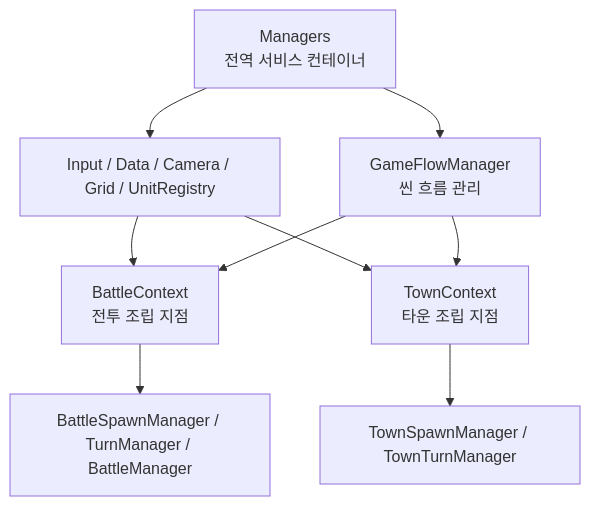
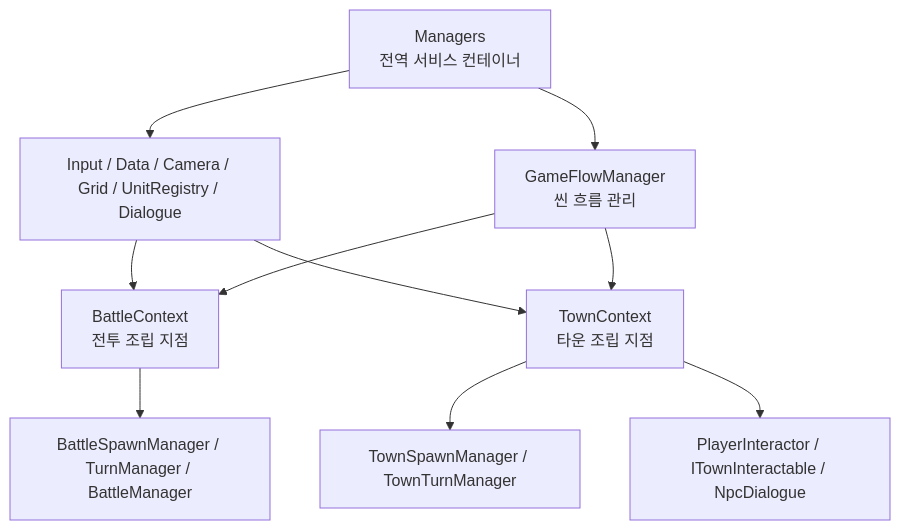
Before and after one commit to ra-ku/GridRPG-Portfolio: the first of 2 diagrams in README.md, drawn with Mermaid. The commit also changed other lines of this file, not shown here.

Commit message:
README에 NPC 대화 상호작용 내용 반영

````diff
--- a/README.md
+++ b/README.md
@@ -64,19 +75,21 @@
 ```mermaid
 flowchart TD
     Managers["Managers<br/>전역 서비스 컨테이너"]
-    Global["Input / Data / Camera / Grid / UnitRegistry"]
+    Global["Input / Data / Camera / Grid / UnitRegistry / Dialogue"]
     Flow["GameFlowManager<br/>씬 흐름 관리"]
     BattleContext["BattleContext<br/>전투 조립 지점"]
     TownContext["TownContext<br/>타운 조립 지점"]
     BattleManagers["BattleSpawnManager / TurnManager / BattleManager"]
     TownManagers["TownSpawnManager / TownTurnManager"]
+    Interaction["PlayerInteractor / ITownInteractable / NpcDialogue"]
 
     Managers --> Global
     Managers --> Flow
     Global --> BattleContext
     Global --> TownContext
     Flow --> BattleContext
     Flow --> TownContext
     BattleContext --> BattleManagers
     TownContext --> TownManagers
+    TownContext --> Interaction
 ```
````
